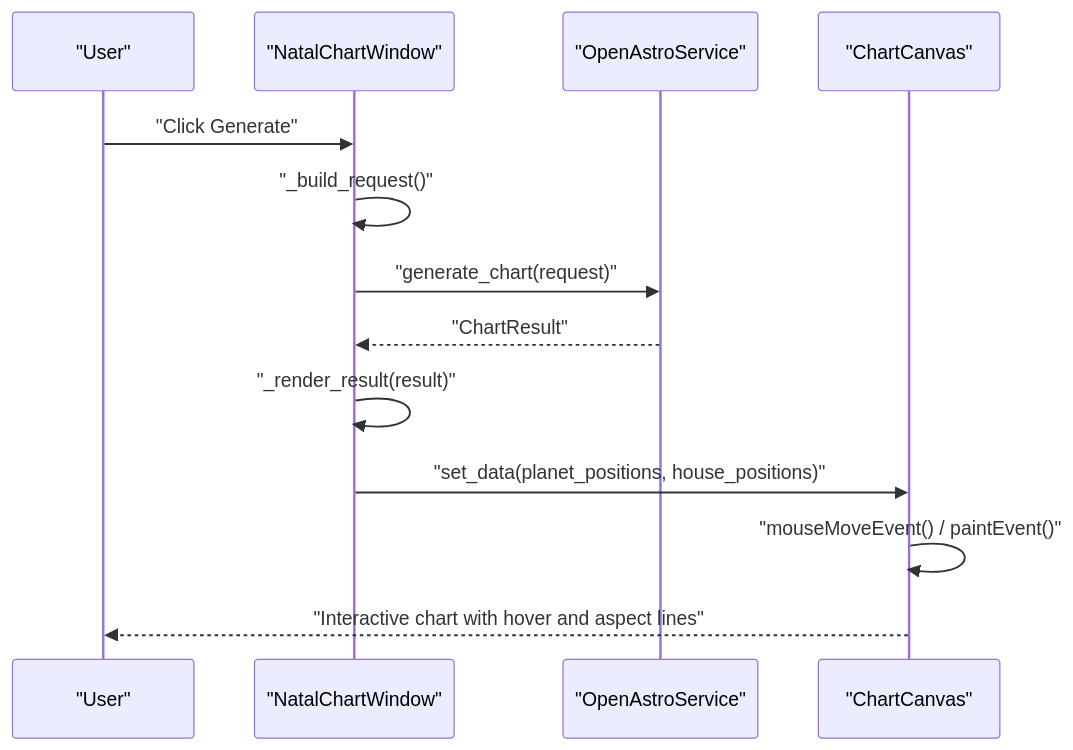
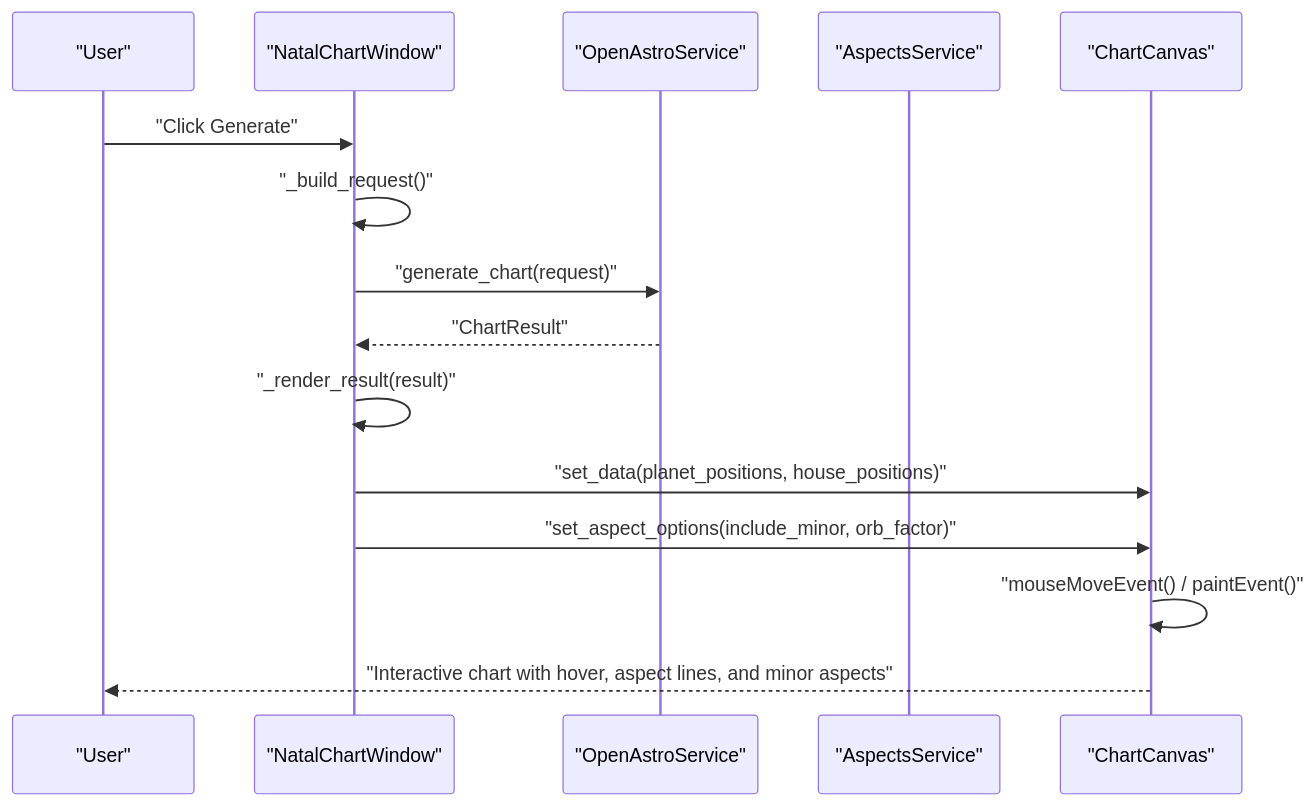
Before and after one commit to TheDaniel166/IsopGem: the second of 8 diagrams in .qoder/repowiki/en/content/Architecture Overview/Pillar-Based Architecture/Astrology Pillar/Astrology Chart Canvas.md, drawn with Mermaid. The commit also changed other lines of this file and 36 other files, not shown here.

````diff
--- a/.qoder/repowiki/en/content/Architecture Overview/Pillar-Based Architecture/Astrology Pillar/Astrology Chart Canvas.md
+++ b/.qoder/repowiki/en/content/Architecture Overview/Pillar-Based Architecture/Astrology Pillar/Astrology Chart Canvas.md
@@ -97,15 +105,17 @@
 ```mermaid
 sequenceDiagram
 participant User as "User"
 participant NC as "NatalChartWindow"
 participant OAS as "OpenAstroService"
+participant AS as "AspectsService"
 participant CC as "ChartCanvas"
 User->>NC : "Click Generate"
 NC->>NC : "_build_request()"
 NC->>OAS : "generate_chart(request)"
 OAS-->>NC : "ChartResult"
 NC->>NC : "_render_result(result)"
 NC->>CC : "set_data(planet_positions, house_positions)"
+NC->>CC : "set_aspect_options(include_minor, orb_factor)"
 CC->>CC : "mouseMoveEvent() / paintEvent()"
-CC-->>User : "Interactive chart with hover and aspect lines"
+CC-->>User : "Interactive chart with hover, aspect lines, and minor aspects"
 ```
````
